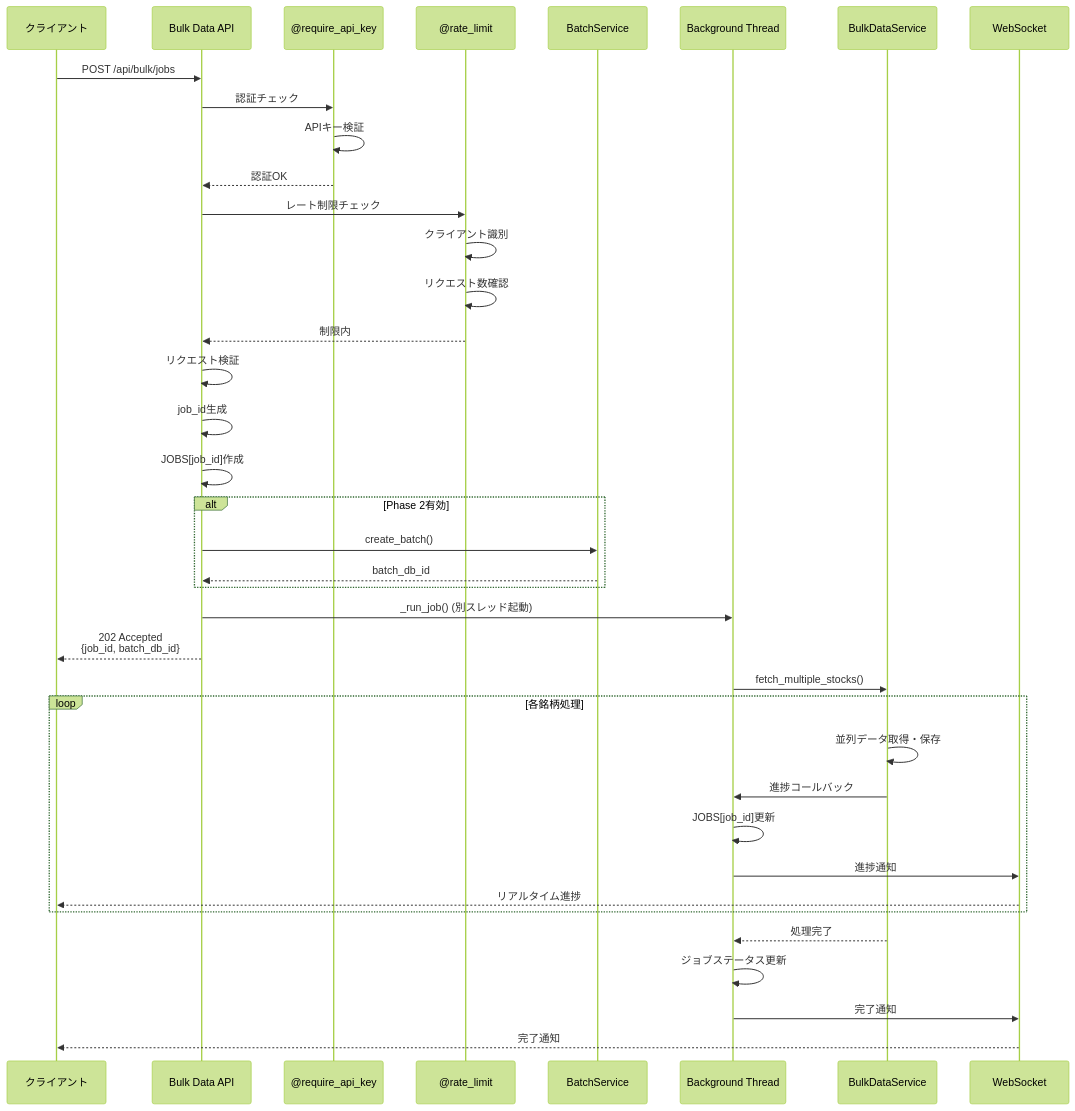
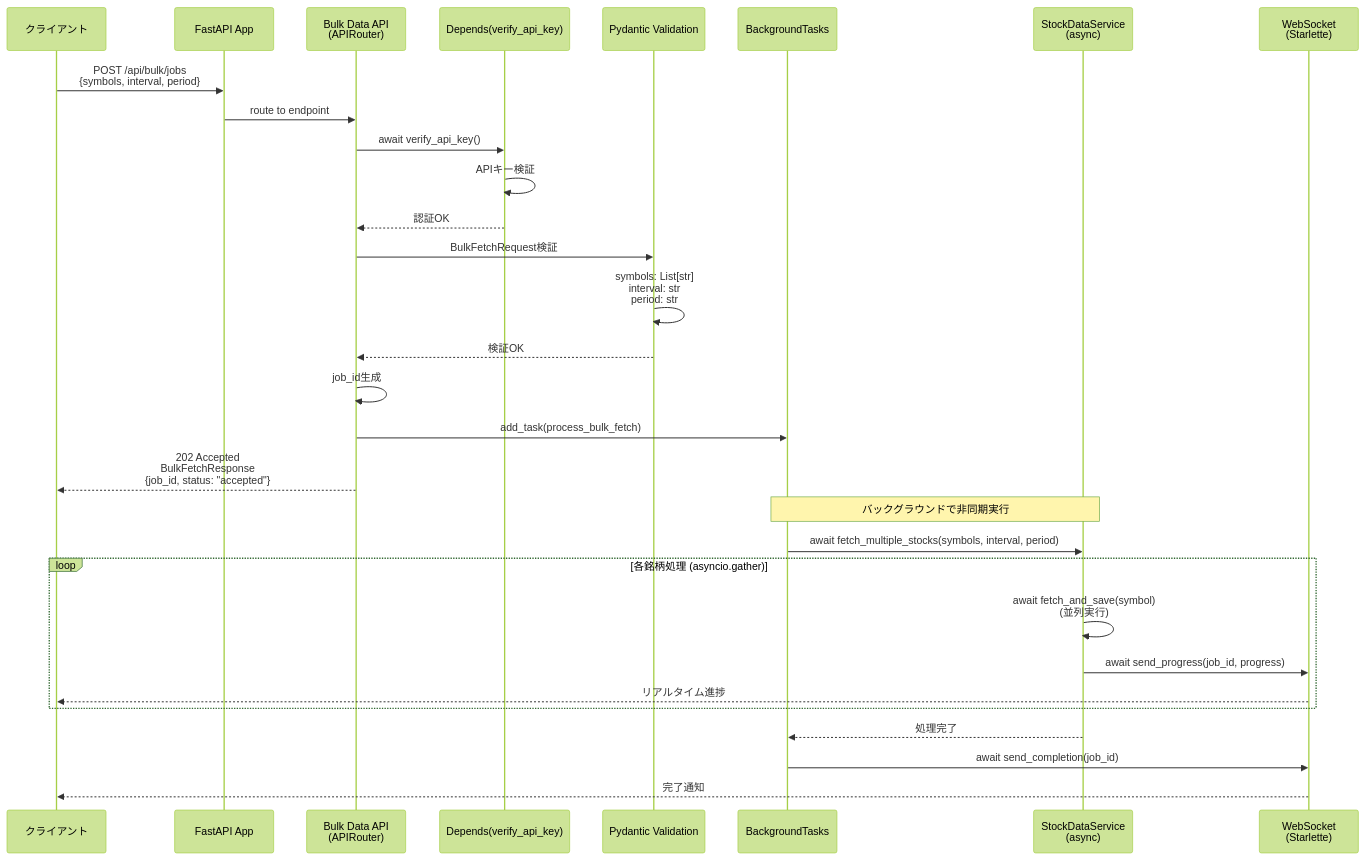
Before and after one commit to TIMMY-WEST/STOCK-INVESTMENT-ANALYZER: the third of 6 diagrams in docs/architecture/layers/api_layer.md, drawn with Mermaid (forest theme). The commit also changed other lines of this file and 1 other file, not shown here.

````diff
--- a/docs/architecture/layers/api_layer.md
+++ b/docs/architecture/layers/api_layer.md
@@ -217,48 +261,41 @@
 ```mermaid
 sequenceDiagram
     participant Client as クライアント
-    participant BulkAPI as Bulk Data API
-    participant Auth as @require_api_key
-    participant RateLimit as @rate_limit
-    participant BatchSvc as BatchService
-    participant Thread as Background Thread
-    participant BulkSvc as BulkDataService
-    participant WebSocket as WebSocket
+    participant FastAPI as FastAPI App
+    participant BulkAPI as Bulk Data API<br/>(APIRouter)
+    participant Auth as Depends(verify_api_key)
+    participant Pydantic as Pydantic Validation
+    participant BackgroundTask as BackgroundTasks
+    participant StockSvc as StockDataService<br/>(async)
+    participant WebSocket as WebSocket<br/>(Starlette)
 
-    Client->>BulkAPI: POST /api/bulk/jobs
-    BulkAPI->>Auth: 認証チェック
+    Client->>FastAPI: POST /api/bulk/jobs<br/>{symbols, interval, period}
+    FastAPI->>BulkAPI: route to endpoint
+
+    BulkAPI->>Auth: await verify_api_key()
     Auth->>Auth: APIキー検証
     Auth-->>BulkAPI: 認証OK
 
-    BulkAPI->>RateLimit: レート制限チェック
-    RateLimit->>RateLimit: クライアント識別
-    RateLimit->>RateLimit: リクエスト数確認
-    RateLimit-->>BulkAPI: 制限内
+    BulkAPI->>Pydantic: BulkFetchRequest検証
+    Pydantic->>Pydantic: symbols: List[str]<br/>interval: str<br/>period: str
+    Pydantic-->>BulkAPI: 検証OK
 
-    BulkAPI->>BulkAPI: リクエスト検証
     BulkAPI->>BulkAPI: job_id生成
-    BulkAPI->>BulkAPI: JOBS[job_id]作成
 
-    alt Phase 2有効
-        BulkAPI->>BatchSvc: create_batch()
-        BatchSvc-->>BulkAPI: batch_db_id
-    end
+    BulkAPI->>BackgroundTask: add_task(process_bulk_fetch)
+    BulkAPI-->>Client: 202 Accepted<br/>BulkFetchResponse<br/>{job_id, status: "accepted"}
 
-    BulkAPI->>Thread: _run_job() (別スレッド起動)
-    BulkAPI-->>Client: 202 Accepted<br/>{job_id, batch_db_id}
+    Note over BackgroundTask,StockSvc: バックグラウンドで非同期実行
 
-    Thread->>BulkSvc: fetch_multiple_stocks()
+    BackgroundTask->>StockSvc: await fetch_multiple_stocks(symbols, interval, period)
 
-    loop 各銘柄処理
-        BulkSvc->>BulkSvc: 並列データ取得・保存
-        BulkSvc->>Thread: 進捗コールバック
-        Thread->>Thread: JOBS[job_id]更新
-        Thread->>WebSocket: 進捗通知
+    loop 各銘柄処理 (asyncio.gather)
+        StockSvc->>StockSvc: await fetch_and_save(symbol)<br/>(並列実行)
+        StockSvc->>WebSocket: await send_progress(job_id, progress)
         WebSocket-->>Client: リアルタイム進捗
     end
 
-    BulkSvc-->>Thread: 処理完了
-    Thread->>Thread: ジョブステータス更新
-    Thread->>WebSocket: 完了通知
+    StockSvc-->>BackgroundTask: 処理完了
+    BackgroundTask->>WebSocket: await send_completion(job_id)
     WebSocket-->>Client: 完了通知
 ```
````
